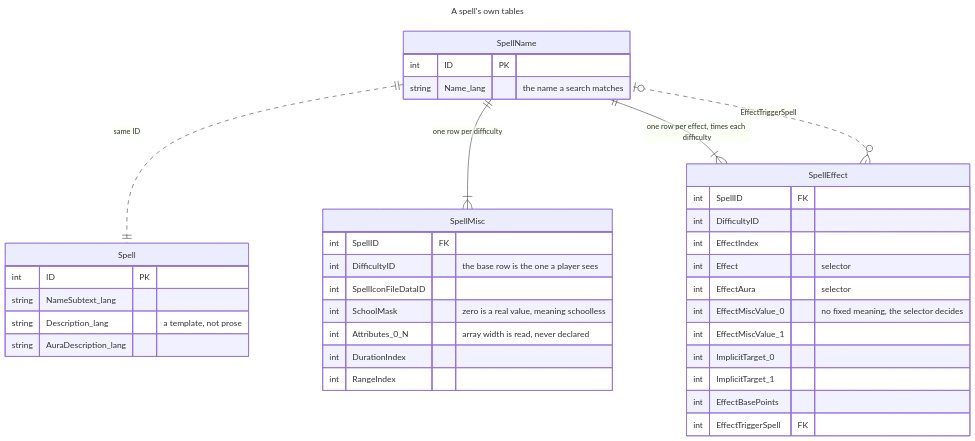
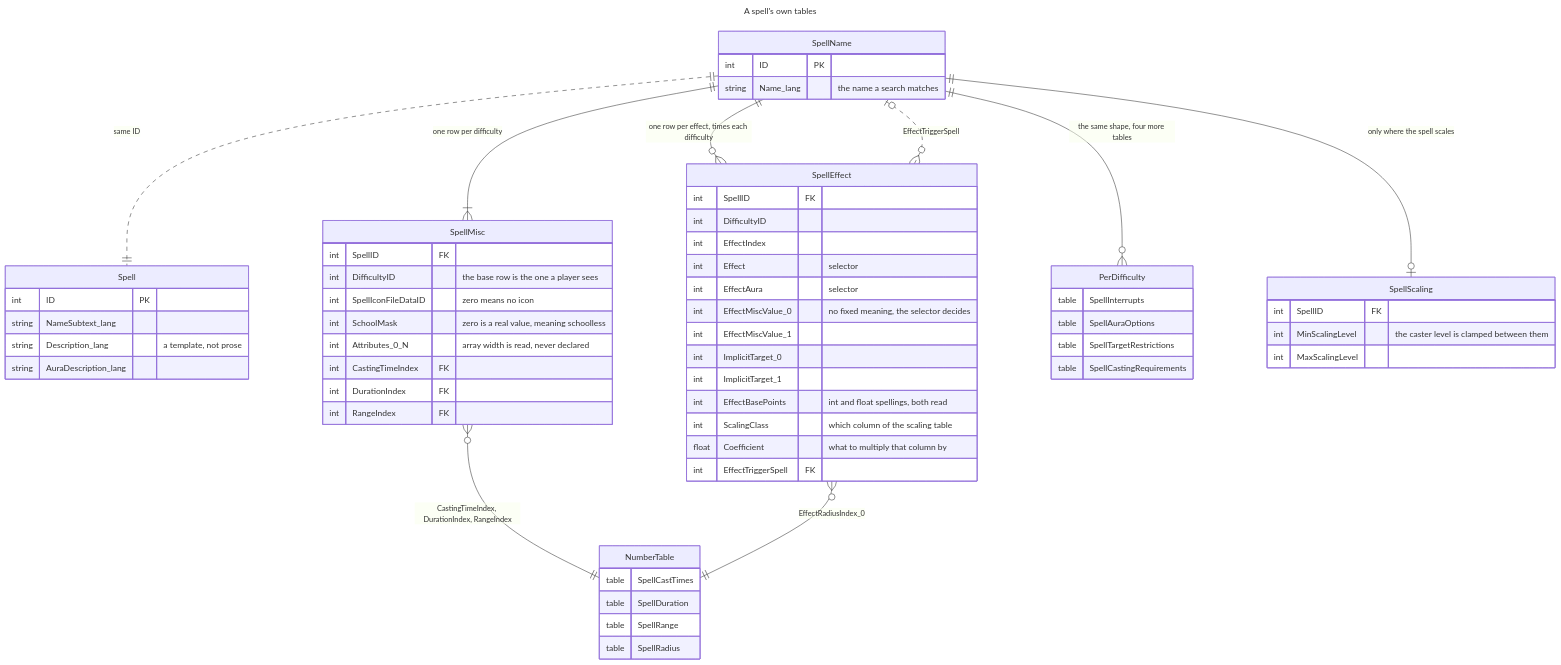
Before and after one commit to Natans8/Epsilook: the third of 12 diagrams in docs/DATA_ROUTES.md, drawn with Mermaid. The commit also changed other lines of this file, not shown here.

````diff
--- a/docs/DATA_ROUTES.md
+++ b/docs/DATA_ROUTES.md
@@ -225,50 +259,74 @@
 ```mermaid
 ---
 title: A spell's own tables
 ---
 erDiagram
     accTitle: A spell's own tables
     accDescr {
-      SpellName is the key every other table hangs off. Spell shares its id one-to-one.
-      SpellMisc and SpellEffect each carry many rows per spell, and SpellEffect can point back at
-      another spell through EffectTriggerSpell.
+    SpellName is the key every other table hangs off. Spell shares its id one-to-one.
+    SpellMisc, SpellEffect and four sibling tables each carry many rows per spell, one set per
+    difficulty. Several columns are an index into a small number table rather than a value, and
+    SpellEffect can point back at another spell through EffectTriggerSpell.
     }
-
-    SpellName ||..|| Spell : "same ID"
-    SpellName ||--|{ SpellMisc : "one row per difficulty"
-    SpellName ||--|{ SpellEffect : "one row per effect, times each difficulty"
-    SpellEffect }o..o| SpellName : "EffectTriggerSpell"
+    SpellName ||..|| Spell:"same ID"
+    SpellName ||--|{ SpellMisc:"one row per difficulty"
+    SpellName ||--o{ SpellEffect:"one row per effect, times each difficulty"
+    SpellName ||--o{ PerDifficulty:"the same shape, four more tables"
+    SpellName ||--o| SpellScaling:"only where the spell scales"
+    SpellEffect }o..o| SpellName:"EffectTriggerSpell"
+    SpellMisc }o--|| NumberTable:"CastingTimeIndex, DurationIndex, RangeIndex"
+    SpellEffect }o--|| NumberTable:"EffectRadiusIndex_0"
 
     SpellName {
         int ID PK
-        string Name_lang "the name a search matches"
+        string Name_lang"the name a search matches"
     }
     Spell {
         int ID PK
         string NameSubtext_lang
-        string Description_lang "a template, not prose"
+        string Description_lang"a template, not prose"
         string AuraDescription_lang
     }
     SpellMisc {
         int SpellID FK
-        int DifficultyID "the base row is the one a player sees"
-        int SpellIconFileDataID
-        int SchoolMask "zero is a real value, meaning schoolless"
-        int Attributes_0_N "array width is read, never declared"
-        int DurationIndex
-        int RangeIndex
+        int DifficultyID"the base row is the one a player sees"
+        int SpellIconFileDataID"zero means no icon"
+        int SchoolMask"zero is a real value, meaning schoolless"
+        int Attributes_0_N"array width is read, never declared"
+        int CastingTimeIndex FK
+        int DurationIndex FK
+        int RangeIndex FK
     }
     SpellEffect {
         int SpellID FK
         int DifficultyID
         int EffectIndex
-        int Effect "selector"
-        int EffectAura "selector"
-        int EffectMiscValue_0 "no fixed meaning, the selector decides"
+        int Effect"selector"
+        int EffectAura"selector"
+        int EffectMiscValue_0"no fixed meaning, the selector decides"
         int EffectMiscValue_1
         int ImplicitTarget_0
         int ImplicitTarget_1
-        int EffectBasePoints
+        int EffectBasePoints"int and float spellings, both read"
+        int ScalingClass"which column of the scaling table"
+        float Coefficient"what to multiply that column by"
         int EffectTriggerSpell FK
     }
+    SpellScaling {
+        int SpellID FK
+        int MinScalingLevel"the caster level is clamped between them"
+        int MaxScalingLevel
+    }
+    NumberTable {
+        table SpellCastTimes
+        table SpellDuration
+        table SpellRange
+        table SpellRadius
+    }
+    PerDifficulty {
+        table SpellInterrupts
+        table SpellAuraOptions
+        table SpellTargetRestrictions
+        table SpellCastingRequirements
+    }
 ```
````
